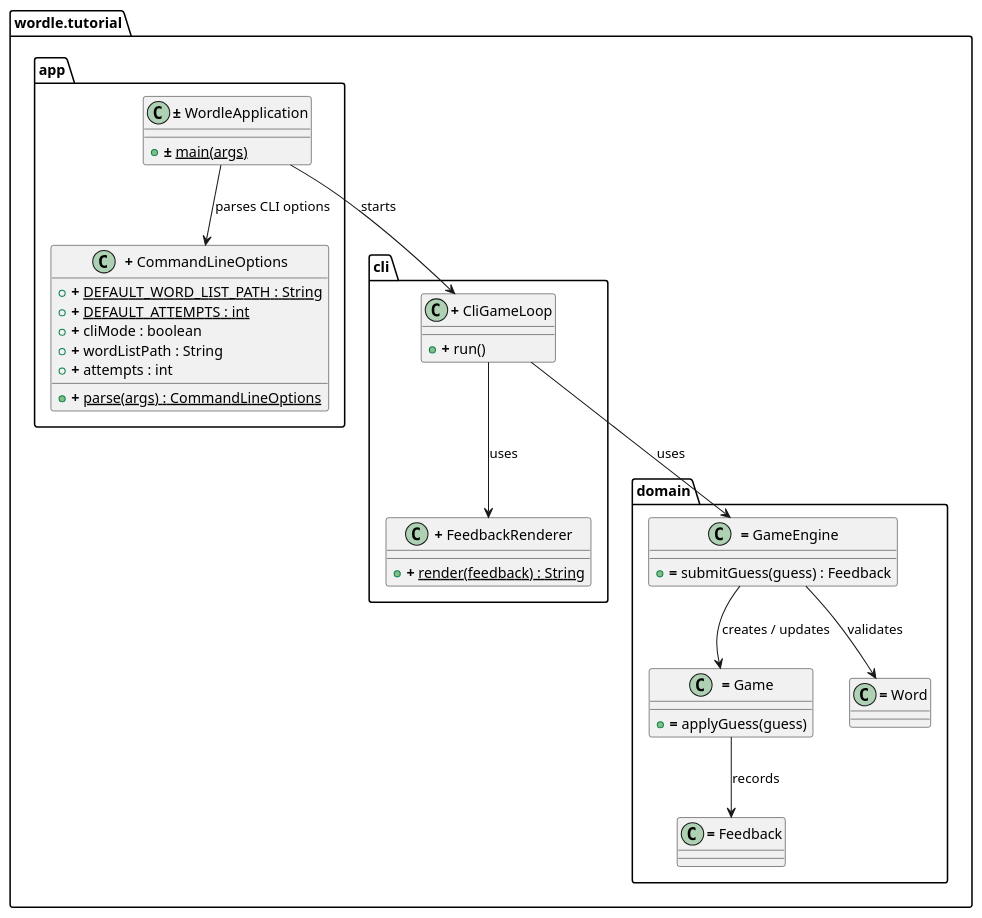
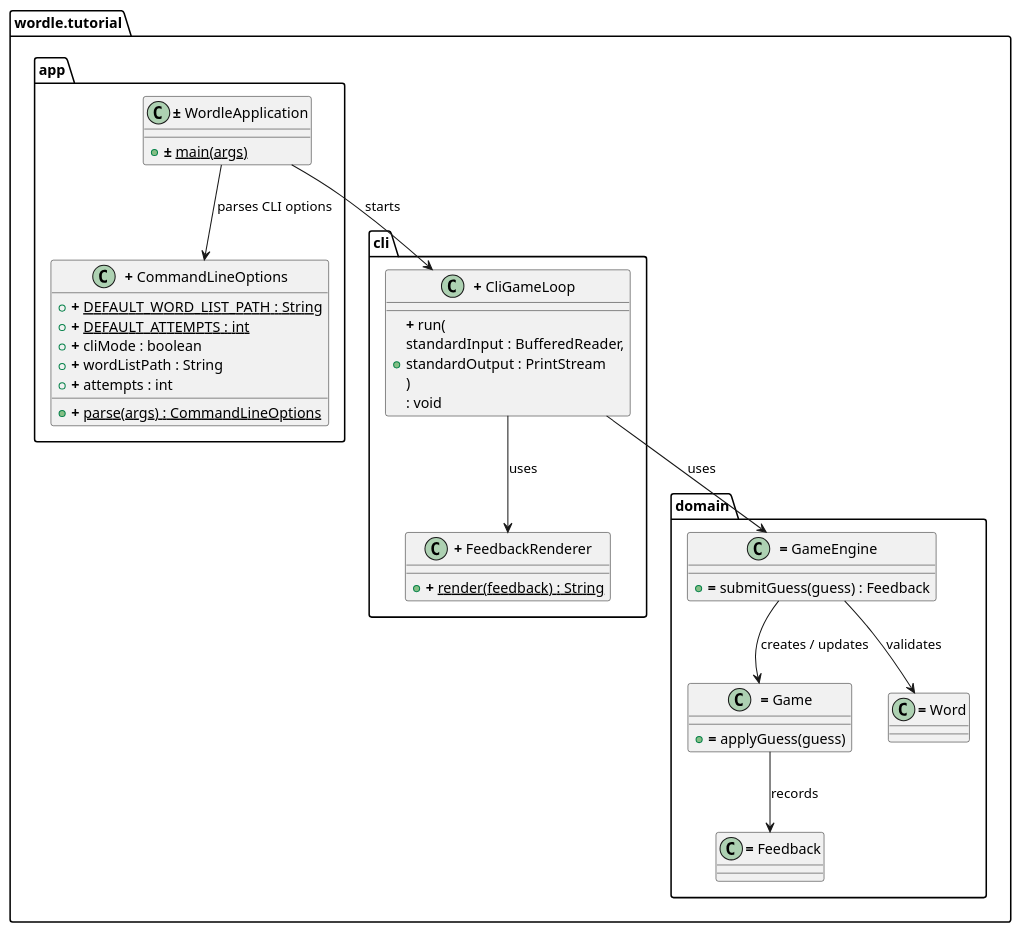
Before and after one commit to dpolivaev/spec-loop: the fifth of 7 diagrams in skills/spec-loop-plan-task/examples/example-task-wordle-cli.md, drawn with PlantUML. The commit also changed other lines of this file and 1 other file, not shown here.

Commit message:
Define 60-character signature wrapping for PlantUML class diagrams

````diff
--- a/skills/spec-loop-plan-task/examples/example-task-wordle-cli.md
+++ b/skills/spec-loop-plan-task/examples/example-task-wordle-cli.md
@@ -181,49 +182,49 @@
   ```plantuml
   @startuml
   set separator none
 
   package "wordle.tutorial" {
     package "app" {
       class "<plain>**±**</plain> WordleApplication" as WordleApplication {
         {static} + <plain>**±**</plain> main(args)
       }
       class "<plain>**+**</plain> CommandLineOptions" as CommandLineOptions {
         {static} + <plain>**+**</plain> DEFAULT_WORD_LIST_PATH : String
         {static} + <plain>**+**</plain> DEFAULT_ATTEMPTS : int
         + <plain>**+**</plain> cliMode : boolean
         + <plain>**+**</plain> wordListPath : String
         + <plain>**+**</plain> attempts : int
         {static} + <plain>**+**</plain> parse(args) : CommandLineOptions
       }
     }
 
     package "cli" {
       class "<plain>**+**</plain> CliGameLoop" as CliGameLoop {
-        + <plain>**+**</plain> run()
+        + <plain>**+**</plain> run(\nstandardInput : BufferedReader,\nstandardOutput : PrintStream\n)\n: void
       }
       class "<plain>**+**</plain> FeedbackRenderer" as FeedbackRenderer {
         {static} + <plain>**+**</plain> render(feedback) : String
       }
     }
 
     package "domain" {
       class "<plain>**=**</plain> Game" as Game {
         + <plain>**=**</plain> applyGuess(guess)
       }
       class "<plain>**=**</plain> GameEngine" as GameEngine {
         + <plain>**=**</plain> submitGuess(guess) : Feedback
       }
       class "<plain>**=**</plain> Feedback" as Feedback
       class "<plain>**=**</plain> Word" as Word
     }
   }
 
   WordleApplication --> CommandLineOptions : parses CLI options
   WordleApplication --> CliGameLoop : starts
   CliGameLoop --> GameEngine : uses
   CliGameLoop --> FeedbackRenderer : uses
   GameEngine --> Game : creates / updates
   GameEngine --> Word : validates
   Game --> Feedback : records
   @enduml
   ```
````
